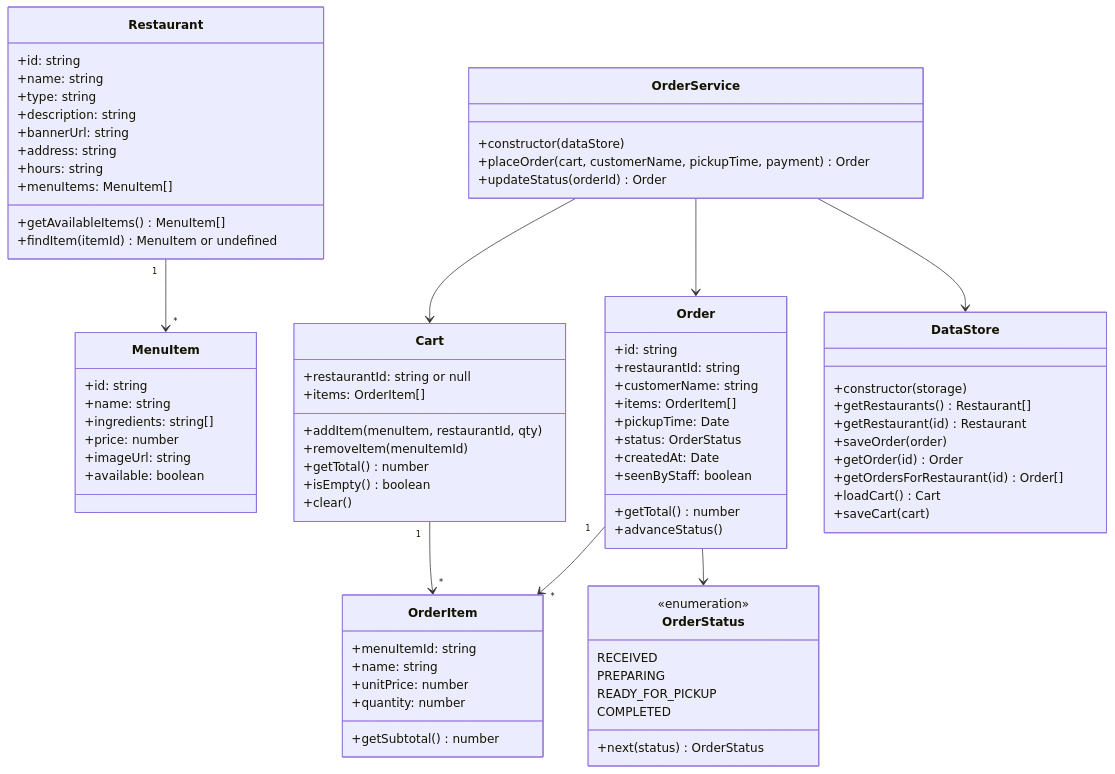
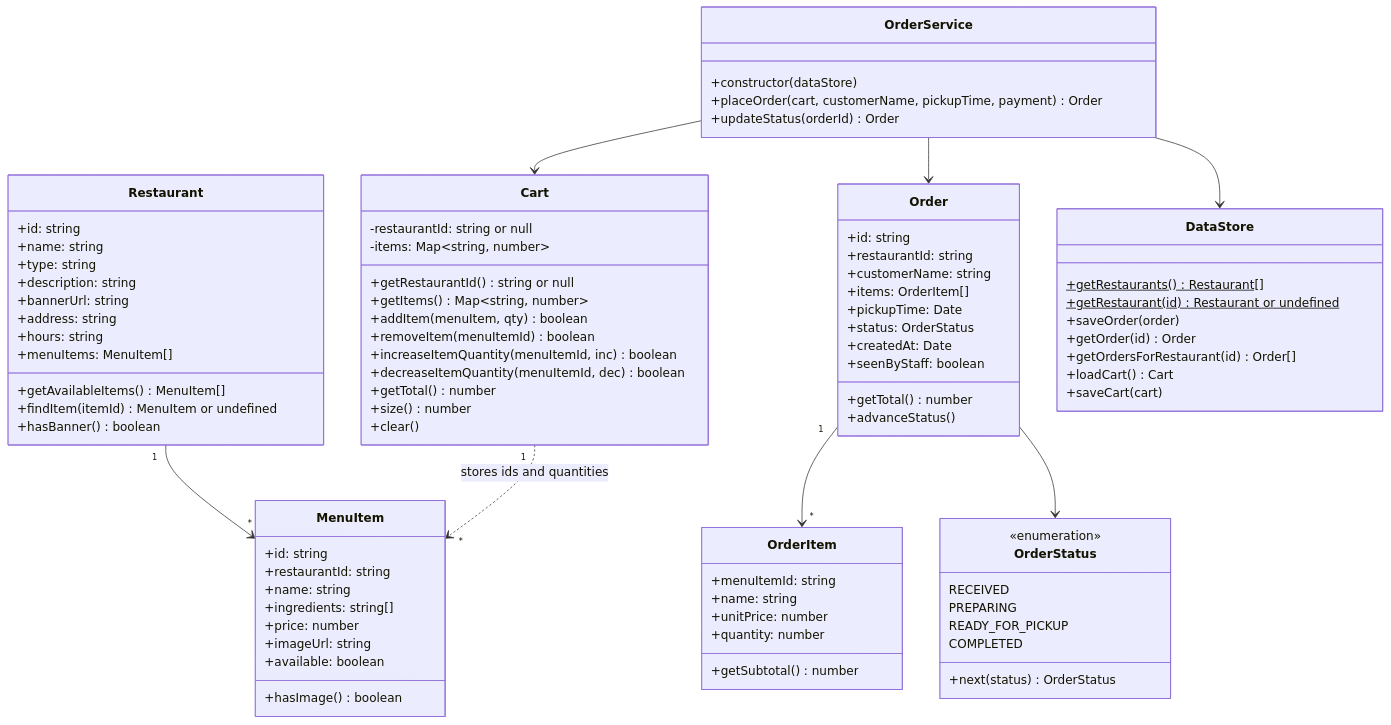
One commit to zettaMarge/COMP-354-A2 changed the diagram in docs/class-diagram.md. Above: the diagram before and after it, drawn with Mermaid. The commit also changed other lines of this file, not shown here.

Commit message:
Apply review feedback

```diff
--- a/docs/class-diagram.md
+++ b/docs/class-diagram.md
@@ -17,22 +17,29 @@
         +menuItems: MenuItem[]
         +getAvailableItems() MenuItem[]
         +findItem(itemId) MenuItem or undefined
+        +hasBanner() boolean
     }
     class MenuItem {
         +id: string
+        +restaurantId: string
         +name: string
         +ingredients: string[]
         +price: number
         +imageUrl: string
         +available: boolean
+        +hasImage() boolean
     }
     class Cart {
-        +restaurantId: string or null
-        +items: OrderItem[]
-        +addItem(menuItem, restaurantId, qty)
-        +removeItem(menuItemId)
+        -restaurantId: string or null
+        -items: Map~string, number~
+        +getRestaurantId() string or null
+        +getItems() Map~string, number~
+        +addItem(menuItem, qty) boolean
+        +removeItem(menuItemId) boolean
+        +increaseItemQuantity(menuItemId, inc) boolean
+        +decreaseItemQuantity(menuItemId, dec) boolean
         +getTotal() number
-        +isEmpty() boolean
+        +size() number
         +clear()
     }
     class Order {
@@ -63,9 +70,8 @@
         +next(status) OrderStatus
     }
     class DataStore {
-        +constructor(storage)
-        +getRestaurants() Restaurant[]
-        +getRestaurant(id) Restaurant
+        +getRestaurants()$ Restaurant[]
+        +getRestaurant(id)$ Restaurant or undefined
         +saveOrder(order)
         +getOrder(id) Order
         +getOrdersForRestaurant(id) Order[]
@@ -78,7 +84,7 @@
         +updateStatus(orderId) Order
     }
     Restaurant "1" --> "*" MenuItem
-    Cart "1" --> "*" OrderItem
+    Cart "1" ..> "*" MenuItem : stores ids and quantities
     Order "1" --> "*" OrderItem
     Order --> OrderStatus
     OrderService --> DataStore
```
